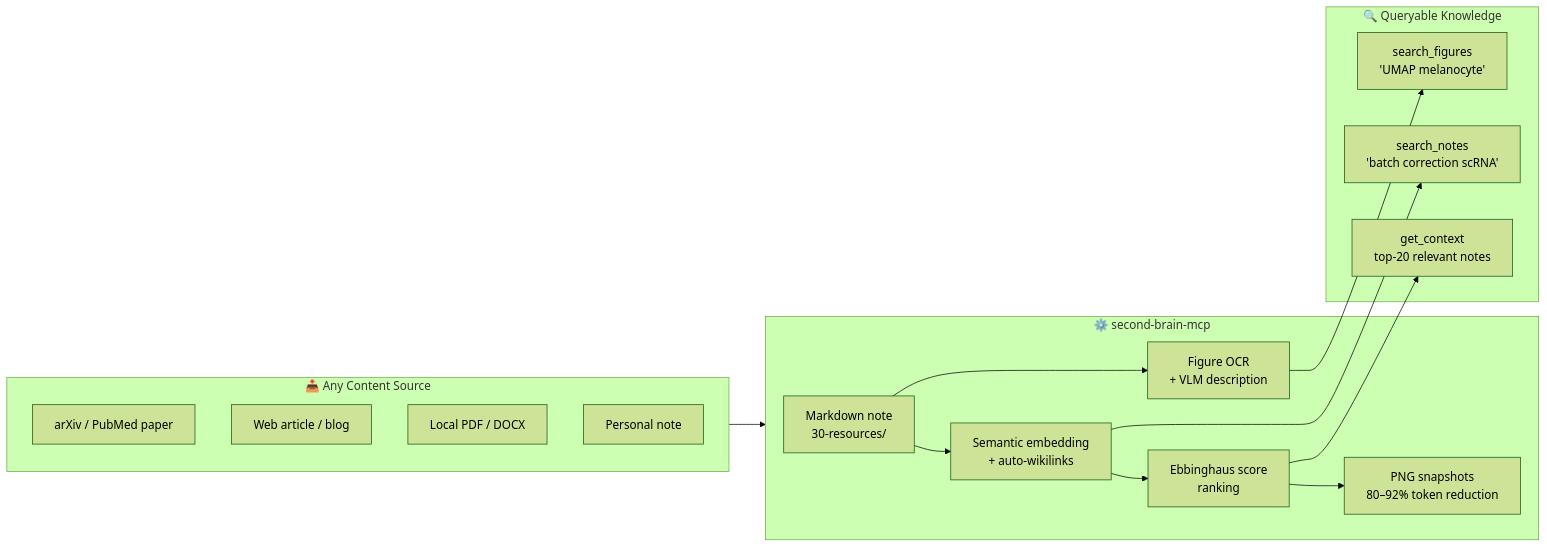
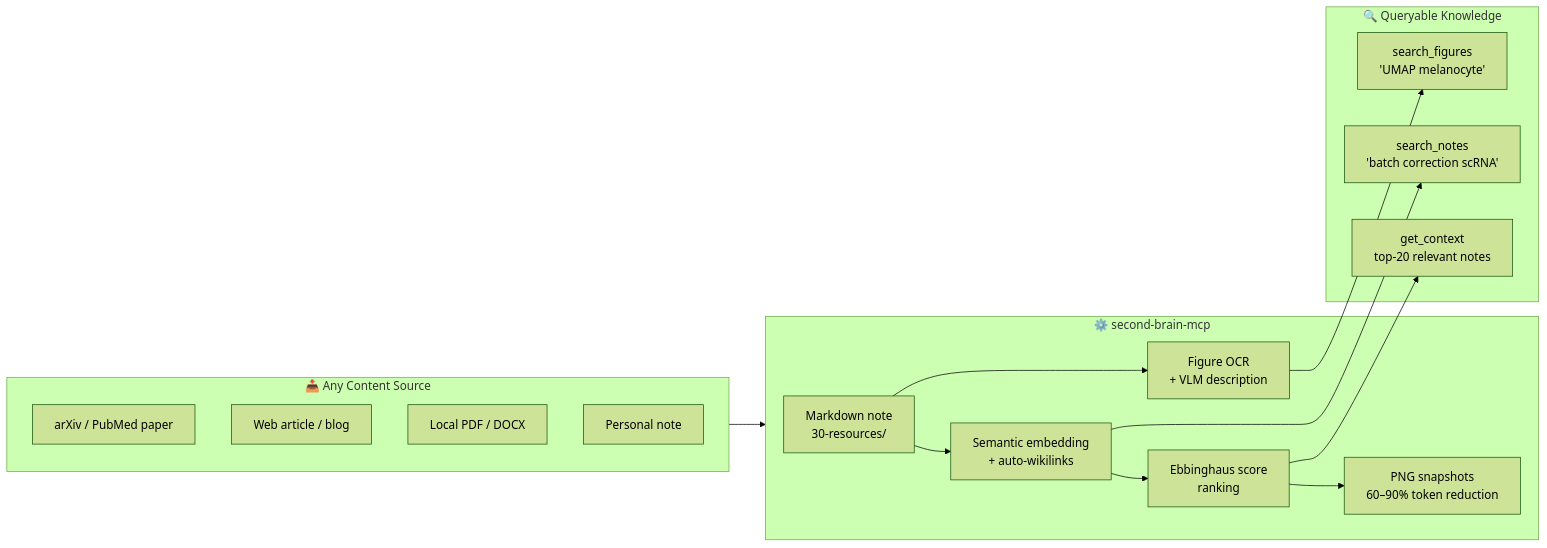
Before and after one commit to ddmanyes/second-brain-mcp: the first of 2 diagrams in README.md, drawn with Mermaid (forest theme). The commit also changed other lines of this file and 4 other files, not shown here.

````diff
--- a/README.md
+++ b/README.md
@@ -51,32 +52,32 @@
 ```mermaid
 flowchart LR
     subgraph input["📥 Any Content Source"]
         A1["arXiv / PubMed paper"]
         A2["Web article / blog"]
         A3["Local PDF / DOCX"]
         A4["Personal note"]
     end
 
     subgraph core["⚙️ second-brain-mcp"]
-        B1["Markdown note\n30-resources/"]
-        B2["Figure OCR\n+ VLM description"]
-        B3["Semantic embedding\n+ auto-wikilinks"]
-        B4["Ebbinghaus score\nranking"]
-        B5["PNG snapshots\n80–92% token reduction"]
+        B1["Markdown note<br/>30-resources/"]
+        B2["Figure OCR<br/>+ VLM description"]
+        B3["Semantic embedding<br/>+ auto-wikilinks"]
+        B4["Ebbinghaus score<br/>ranking"]
+        B5["PNG snapshots<br/>60–90% token reduction"]
     end
 
     subgraph query["🔍 Queryable Knowledge"]
-        C1["search_figures\n'UMAP melanocyte'"]
-        C2["search_notes\n'batch correction scRNA'"]
-        C3["get_context\ntop-20 relevant notes"]
+        C1["search_figures<br/>'UMAP melanocyte'"]
+        C2["search_notes<br/>'batch correction scRNA'"]
+        C3["get_context<br/>top-20 relevant notes"]
     end
 
     input --> core
     B1 --> B2
     B1 --> B3
     B3 --> B4
     B4 --> B5
     B2 --> C1
     B3 --> C2
     B4 --> C3
 ```
````
